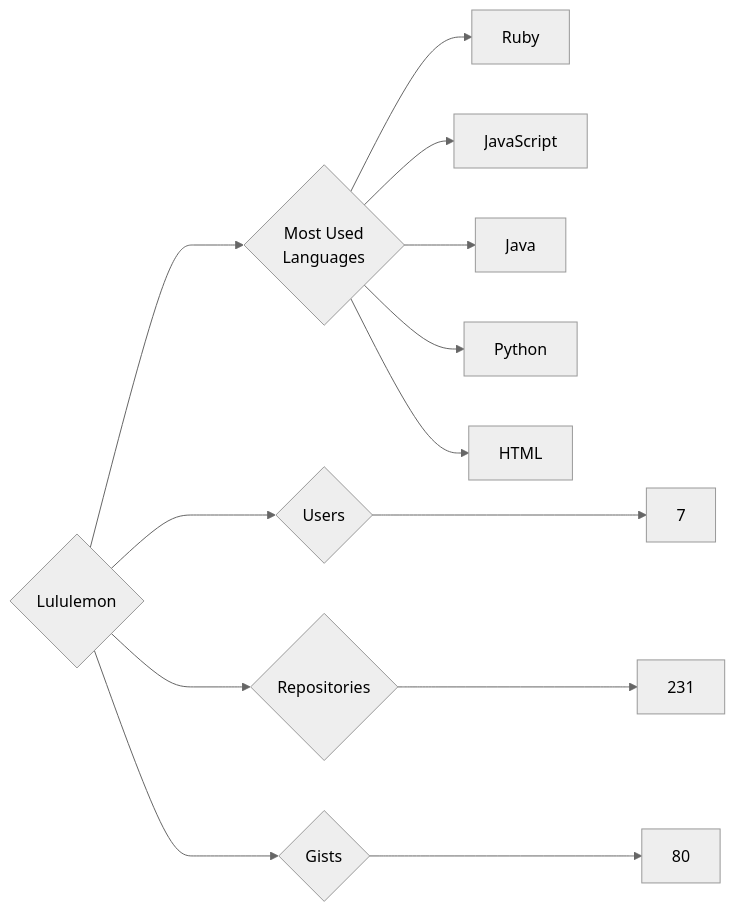
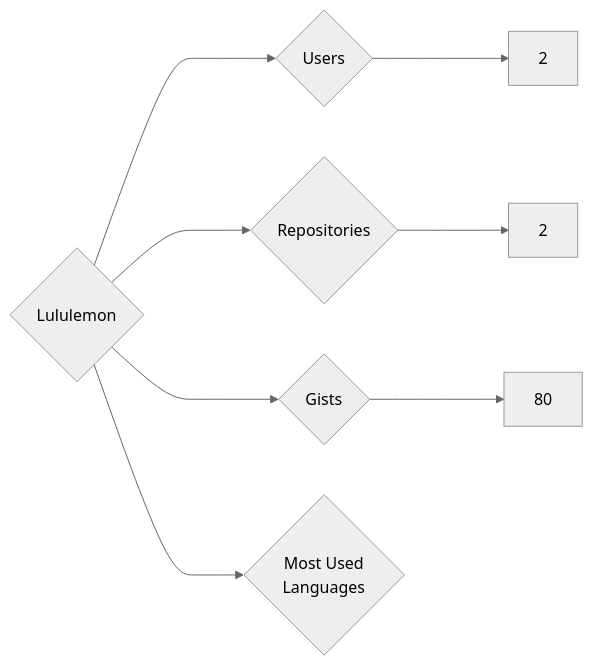
Before and after one commit to trickest/insiders: the diagram in targets/Lululemon/README.md, drawn with Mermaid (neutral theme). The commit also changed 1496 other files, not shown here.

````diff
--- a/targets/Lululemon/README.md
+++ b/targets/Lululemon/README.md
@@ -3,13 +3,8 @@
 ```mermaid
 graph LR
 COMPANY_NAME{Lululemon}
-COMPANY_NAME ---> U{Users} ---> UN[7]
-COMPANY_NAME ---> R{Repositories} ---> RN[231]
+COMPANY_NAME ---> U{Users} ---> UN[2]
+COMPANY_NAME ---> R{Repositories} ---> RN[2]
 COMPANY_NAME ---> G{Gists} ---> GN[80]
 COMPANY_NAME ---> ML{Most Used<br>Languages}
-ML --> Ruby[Ruby]
-ML --> JavaScript[JavaScript]
-ML --> Java[Java]
-ML --> Python[Python]
-ML --> HTML[HTML]
 ```
````
